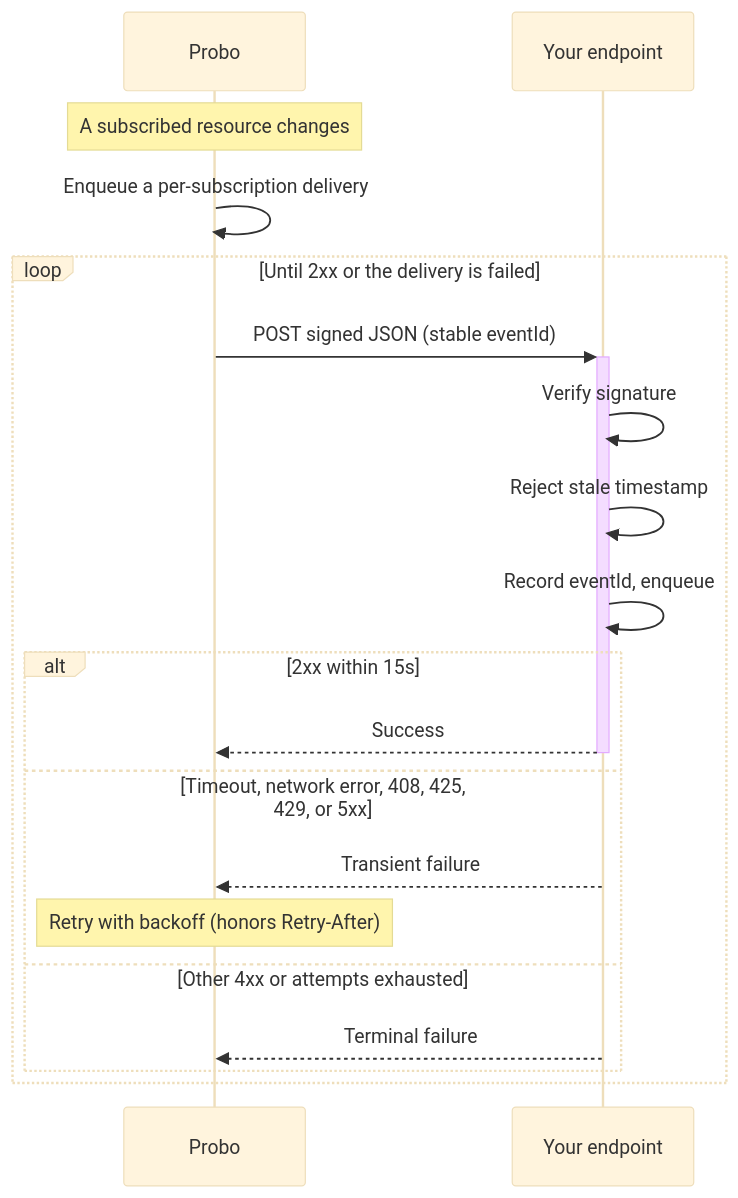
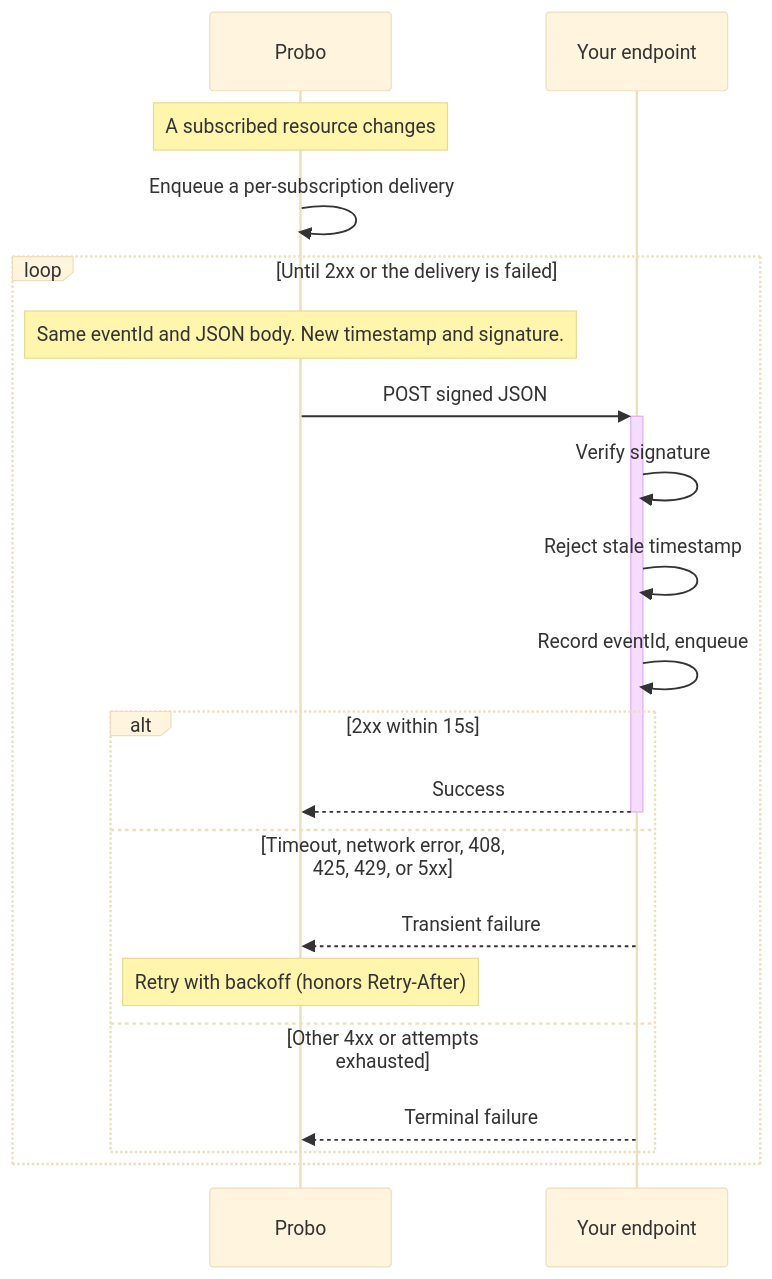
The diagram in src/content/docs/docs/developers/api/webhooks/webhook-delivery.mermaid (getprobo/getprobo.com), drawn with Mermaid (base theme) before and after one commit. The commit also changed 7 other files, not shown here.

```diff
--- a/src/content/docs/docs/developers/api/webhooks/webhook-delivery.mermaid
+++ b/src/content/docs/docs/developers/api/webhooks/webhook-delivery.mermaid
@@ -1,20 +1,21 @@
 sequenceDiagram
   participant P as Probo
   participant E as Your endpoint
 
   Note over P: A subscribed resource changes
   P->>P: Enqueue a per-subscription delivery
   loop Until 2xx or the delivery is failed
-    P->>+E: POST signed JSON (stable eventId)
+    Note over P: Same eventId and JSON body. New timestamp and signature.
+    P->>+E: POST signed JSON
     E->>E: Verify signature
     E->>E: Reject stale timestamp
     E->>E: Record eventId, enqueue
     alt 2xx within 15s
       E-->>-P: Success
     else Timeout, network error, 408, 425, 429, or 5xx
       E-->>P: Transient failure
       Note over P: Retry with backoff (honors Retry-After)
     else Other 4xx or attempts exhausted
       E-->>P: Terminal failure
     end
   end
```
